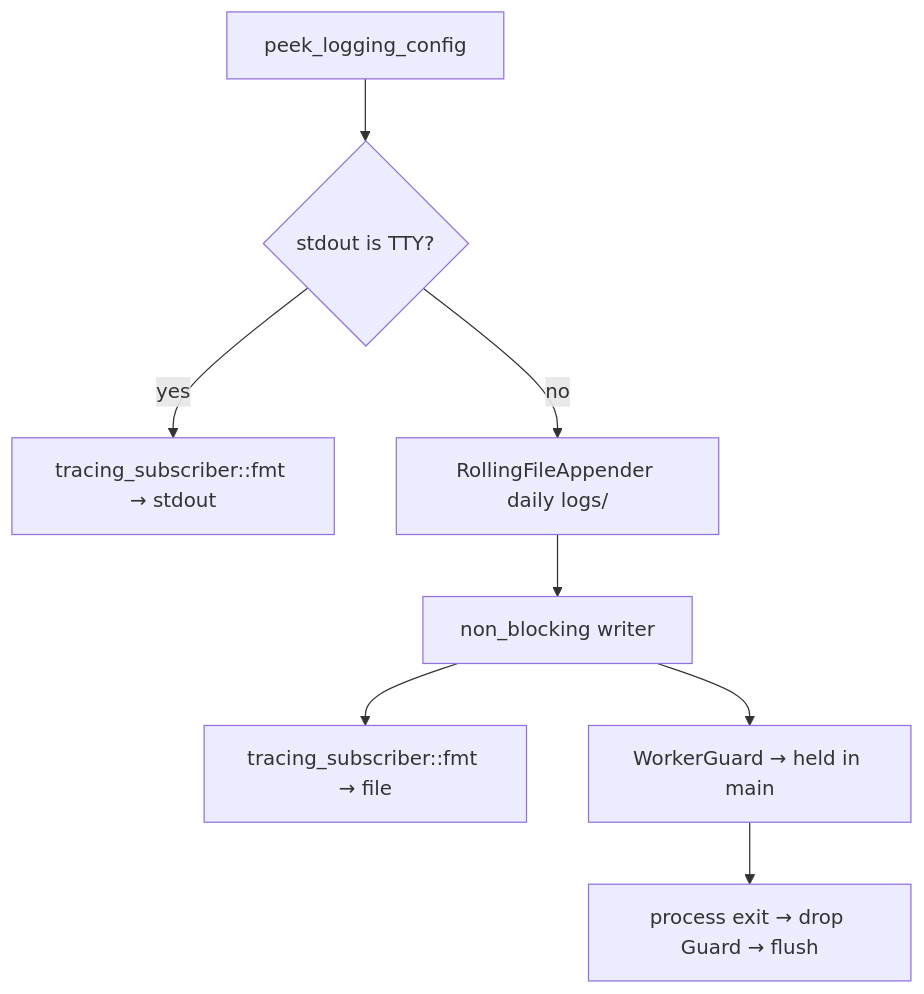
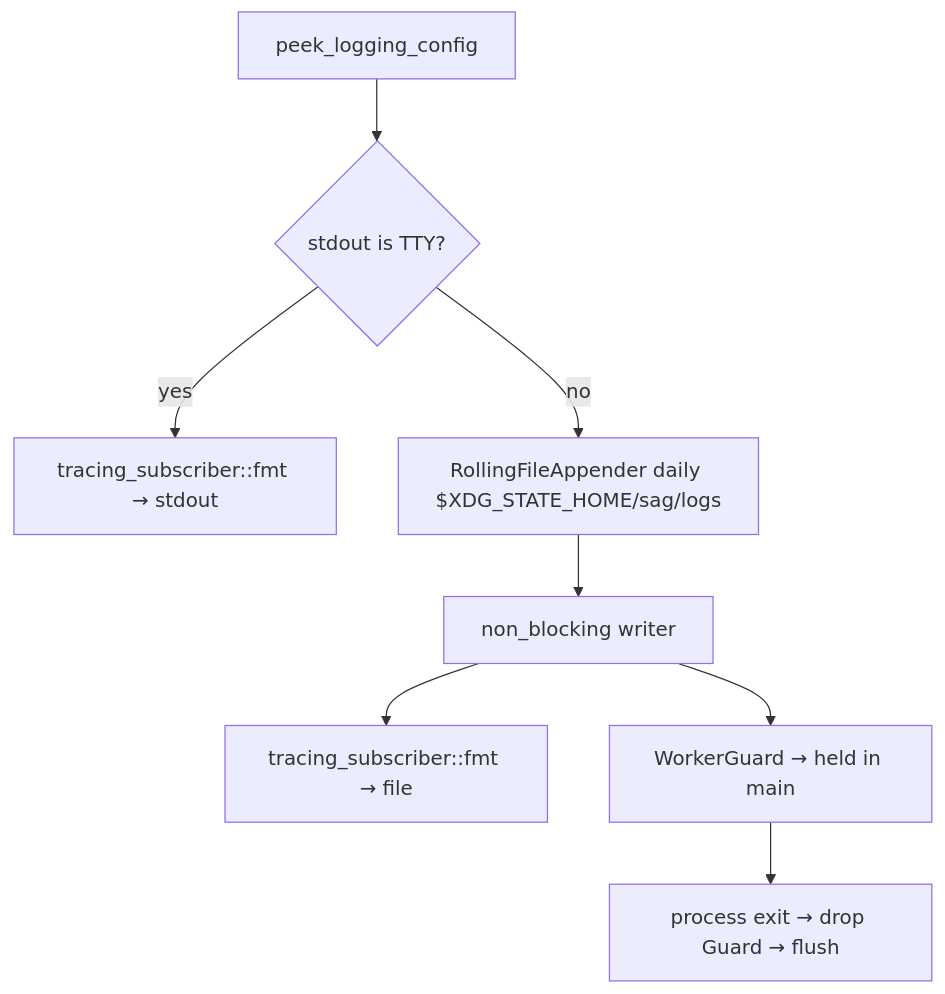
One commit to rainbowatcher/sag changed the diagram in docs/spec/logging/spec.md. Above: the diagram before and after it, drawn with Mermaid. The commit also changed 9 other files, not shown here.

First line of the commit message:
docs: restore change records and changelog timeline lost in the accident

````diff
--- a/docs/spec/logging/spec.md
+++ b/docs/spec/logging/spec.md
@@ -21,10 +21,10 @@
 ```mermaid
 flowchart TD
     A[peek_logging_config] --> B{stdout is TTY?}
     B -->|yes| C[tracing_subscriber::fmt → stdout]
-    B -->|no| D[RollingFileAppender daily logs/]
+    B -->|no| D[RollingFileAppender daily $XDG_STATE_HOME/sag/logs]
     D --> E[non_blocking writer]
     E --> F[tracing_subscriber::fmt → file]
     E --> G[WorkerGuard → held in main]
     G --> H[process exit → drop Guard → flush]
 ```
````
